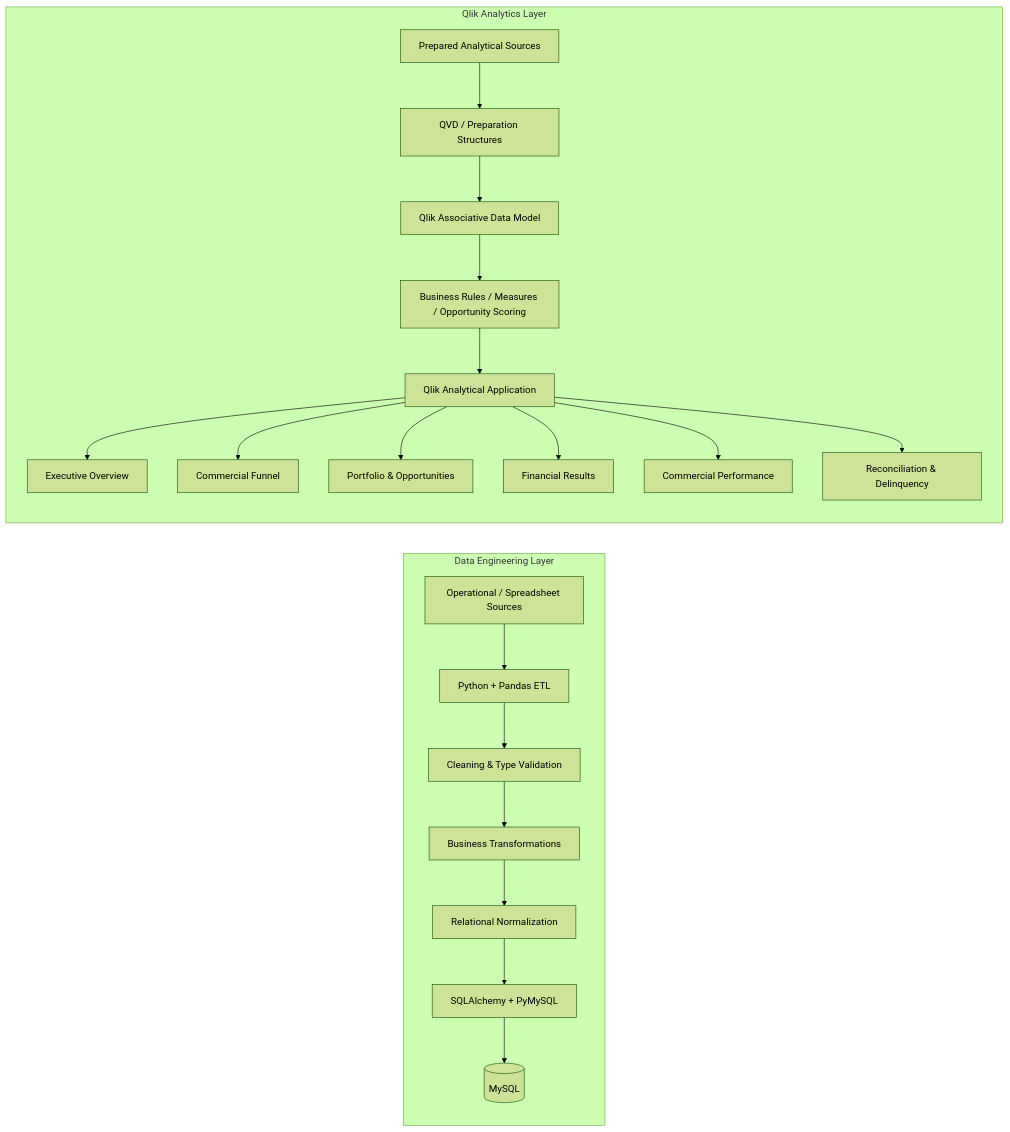
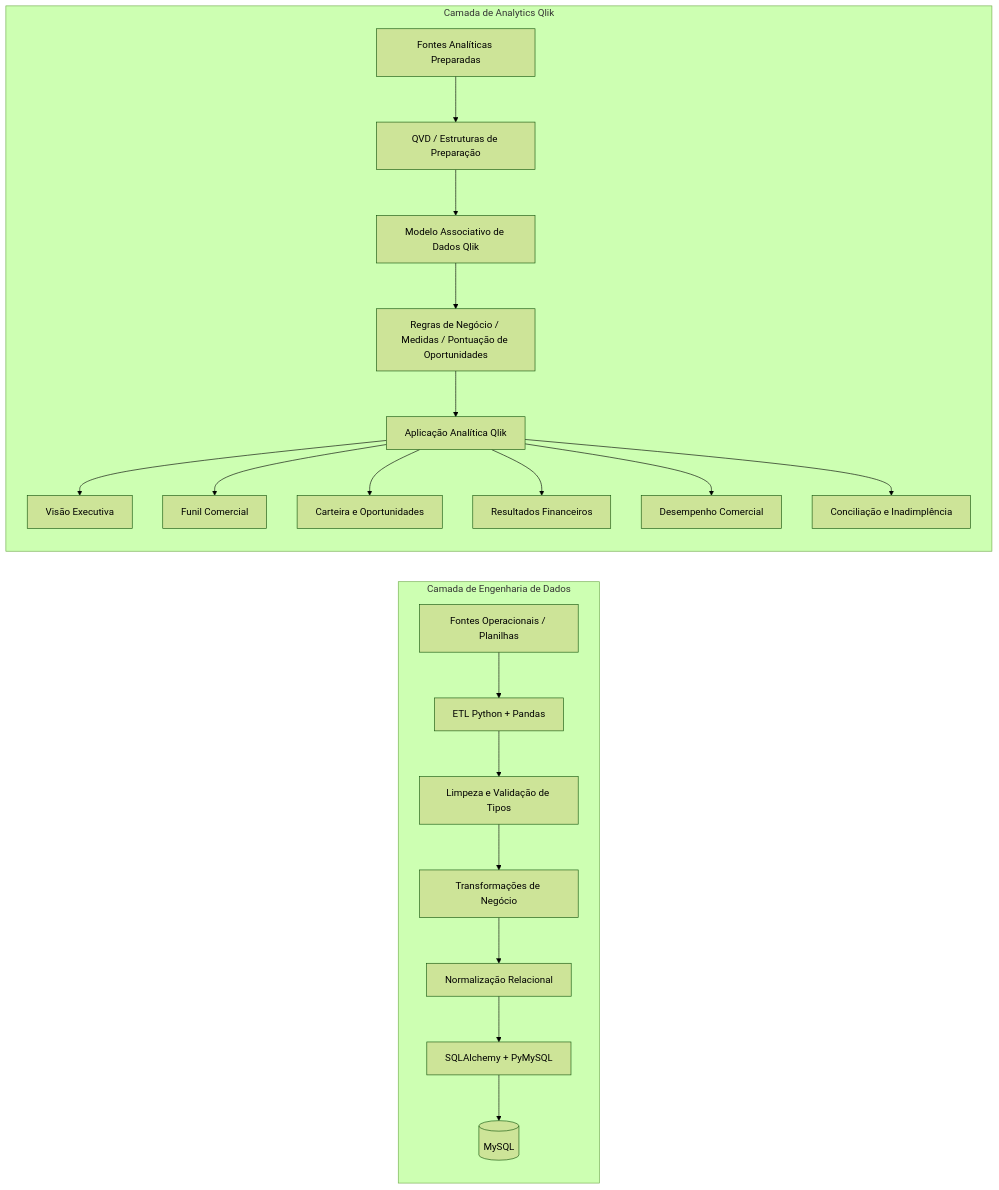
The diagram in architecture/README.md (felipennuness/Credit-Operations-Analytics-Data-Pipeline), drawn with Mermaid (forest theme) before and after one commit. The commit also changed other lines of this file, not shown here.

````diff
--- a/architecture/README.md
+++ b/architecture/README.md
@@ -14,24 +14,24 @@
 ```mermaid
 flowchart LR
-    subgraph DE[Data Engineering Layer]
-        A[Operational / Spreadsheet Sources] --> B[Python + Pandas ETL]
-        B --> C[Cleaning & Type Validation]
-        C --> D[Business Transformations]
-        D --> E[Relational Normalization]
+    subgraph DE[Camada de Engenharia de Dados]
+        A[Fontes Operacionais / Planilhas] --> B[ETL Python + Pandas]
+        B --> C[Limpeza e Validação de Tipos]
+        C --> D[Transformações de Negócio]
+        D --> E[Normalização Relacional]
         E --> F[SQLAlchemy + PyMySQL]
         F --> G[(MySQL)]
     end
 
-    subgraph QA[Qlik Analytics Layer]
-        H[Prepared Analytical Sources] --> I[QVD / Preparation Structures]
-        I --> J[Qlik Associative Data Model]
-        J --> K[Business Rules / Measures / Opportunity Scoring]
-        K --> L[Qlik Analytical Application]
-        L --> M[Executive Overview]
-        L --> N[Commercial Funnel]
-        L --> O[Portfolio & Opportunities]
-        L --> P[Financial Results]
-        L --> Q[Commercial Performance]
-        L --> R[Reconciliation & Delinquency]
+    subgraph QA[Camada de Analytics Qlik]
+        H[Fontes Analíticas Preparadas] --> I[QVD / Estruturas de Preparação]
+        I --> J[Modelo Associativo de Dados Qlik]
+        J --> K[Regras de Negócio / Medidas / Pontuação de Oportunidades]
+        K --> L[Aplicação Analítica Qlik]
+        L --> M[Visão Executiva]
+        L --> N[Funil Comercial]
+        L --> O[Carteira e Oportunidades]
+        L --> P[Resultados Financeiros]
+        L --> Q[Desempenho Comercial]
+        L --> R[Conciliação e Inadimplência]
     end
 ```
````
